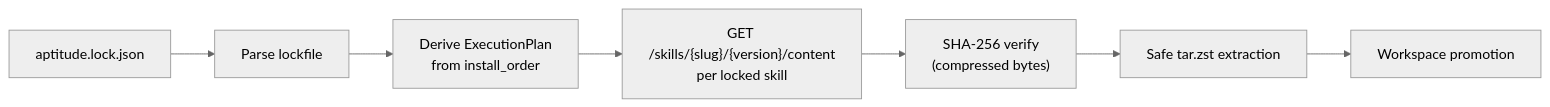
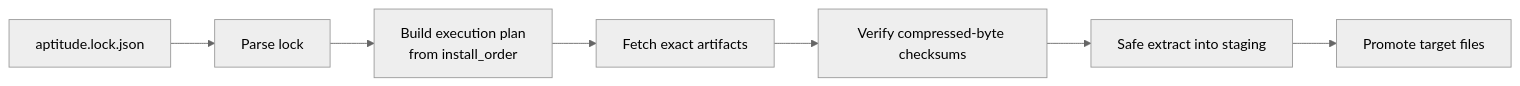
One commit to aptitude-stack/docs changed the fourth of 4 diagrams in architecture.md. Above: the diagram before and after it, drawn with Mermaid (neutral theme). The commit also changed other lines of this file and 11 other files, not shown here.

````diff
--- a/architecture.md
+++ b/architecture.md
@@ -159,9 +100,9 @@
 ```mermaid
 flowchart LR
-    Lock["aptitude.lock.json"] --> Parse["Parse lockfile"]
-    Parse --> Plan["Derive ExecutionPlan\nfrom install_order"]
-    Plan --> Fetch["GET /skills/{slug}/{version}/content\nper locked skill"]
-    Fetch --> Verify["SHA-256 verify\n(compressed bytes)"]
-    Verify --> Extract["Safe tar.zst extraction"]
-    Extract --> Promote["Workspace promotion"]
+    Lock["aptitude.lock.json"] --> Parse["Parse lock"]
+    Parse --> Plan["Build execution plan\nfrom install_order"]
+    Plan --> Fetch["Fetch exact artifacts"]
+    Fetch --> Verify["Verify compressed-byte checksums"]
+    Verify --> Extract["Safe extract into staging"]
+    Extract --> Promote["Promote target files"]
 ```
````
